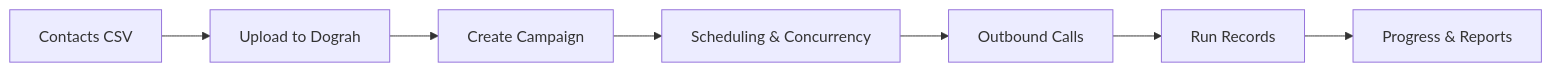
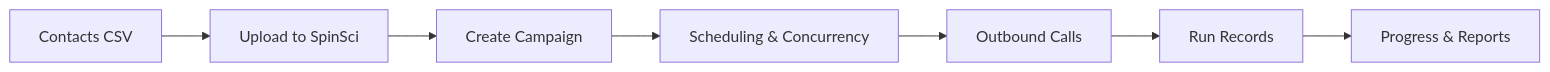
One commit to sdpolke/spinsci-coworker-studio changed the diagram in docs/core-concepts/campaigns.mdx. Above: the diagram before and after it, drawn with Mermaid. The commit also changed other lines of this file and 157 other files, not shown here.

````diff
--- a/docs/core-concepts/campaigns.mdx
+++ b/docs/core-concepts/campaigns.mdx
@@ -11,9 +11,9 @@
 ```mermaid
 flowchart LR
-    CSV[Contacts CSV] --> Upload[Upload to Dograh]
+    CSV[Contacts CSV] --> Upload[Upload to SpinSci]
     Upload --> Campaign[Create Campaign]
     Campaign --> Schedule[Scheduling & Concurrency]
     Schedule --> Calls[Outbound Calls]
     Calls --> Runs[Run Records]
     Runs --> Results[Progress & Reports]
 ```
````
